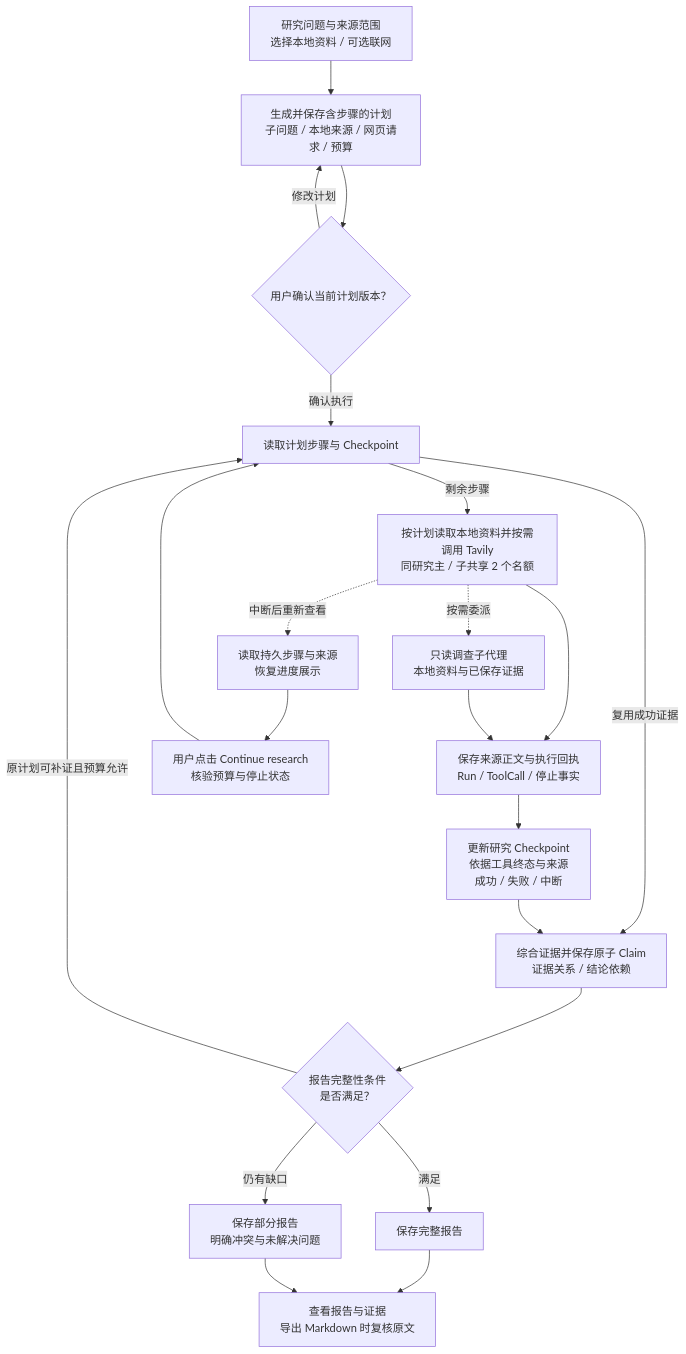
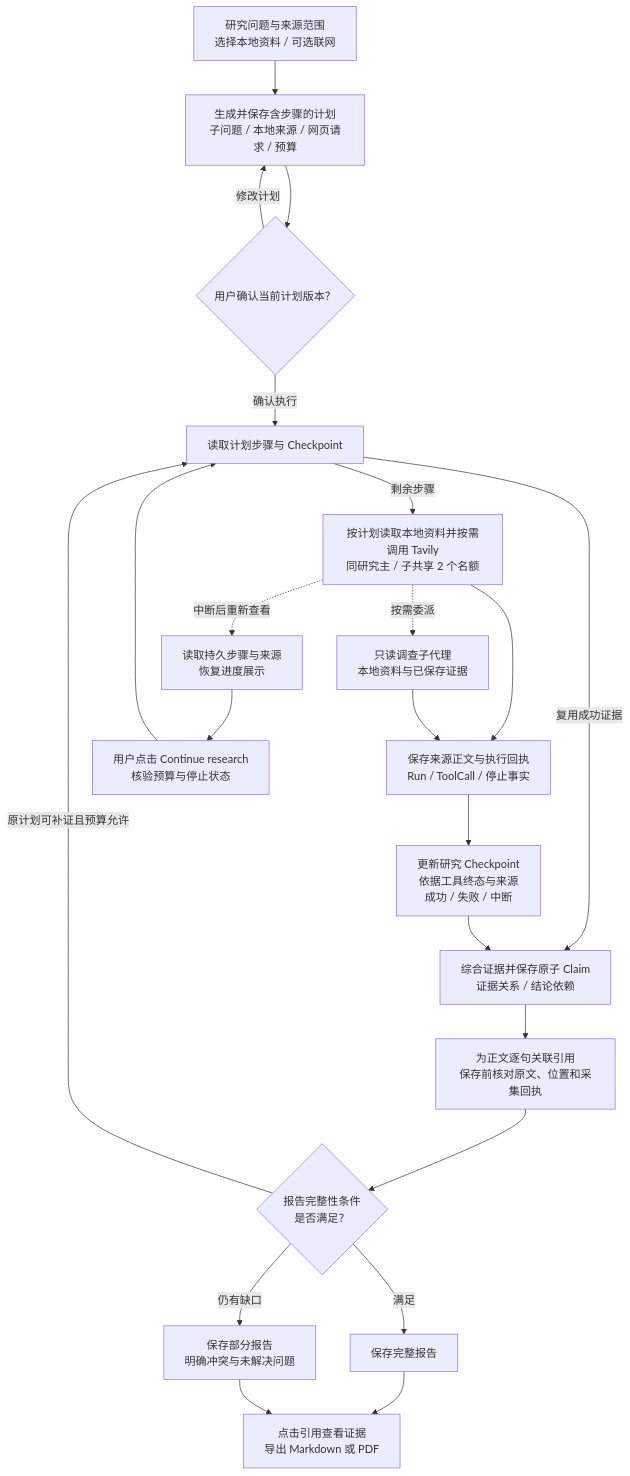
The second of 7 diagrams in README.md (ChaoDiDiaoAA/Flowmate), drawn with Mermaid before and after one commit. The commit also changed other lines of this file and 46 other files, not shown here.

Commit message:
feat(research): add sentence references and PDF export

````diff
--- a/README.md
+++ b/README.md
@@ -90,23 +90,24 @@
 ```mermaid
 flowchart TB
   Question["研究问题与来源范围<br/>选择本地资料 / 可选联网"] --> Plan["生成并保存含步骤的计划<br/>子问题 / 本地来源 / 网页请求 / 预算"]
   Plan --> Confirm{"用户确认当前计划版本？"}
   Confirm -->|"修改计划"| Plan
   Confirm -->|"确认执行"| Steps["读取计划步骤与 Checkpoint"]
   Steps -->|"剩余步骤"| Collect["按计划读取本地资料并按需调用 Tavily<br/>同研究主 / 子共享 2 个名额"]
   Collect --> Receipts["保存来源正文与执行回执<br/>Run / ToolCall / 停止事实"]
   Collect -.->|"按需委派"| Investigator["只读调查子代理<br/>本地资料与已保存证据"]
   Investigator --> Receipts
   Receipts --> Checkpoint["更新研究 Checkpoint<br/>依据工具终态与来源<br/>成功 / 失败 / 中断"]
   Steps -->|"复用成功证据"| Claims["综合证据并保存原子 Claim<br/>证据关系 / 结论依赖"]
   Checkpoint --> Claims
-  Claims --> Coverage{"报告完整性条件<br/>是否满足？"}
+  Claims --> References["为正文逐句关联引用<br/>保存前核对原文、位置和采集回执"]
+  References --> Coverage{"报告完整性条件<br/>是否满足？"}
   Coverage -->|"满足"| Full["保存完整报告"]
   Coverage -->|"原计划可补证且预算允许"| Steps
   Coverage -->|"仍有缺口"| Partial["保存部分报告<br/>明确冲突与未解决问题"]
-  Full --> Deliver["查看报告与证据<br/>导出 Markdown 时复核原文"]
+  Full --> Deliver["点击引用查看证据<br/>导出 Markdown 或 PDF"]
   Partial --> Deliver
   Collect -.->|"中断后重新查看"| Restore["读取持久步骤与来源<br/>恢复进度展示"]
   Restore --> Continue["用户点击 Continue research<br/>核验预算与停止状态"]
   Continue --> Steps
 ```
````
